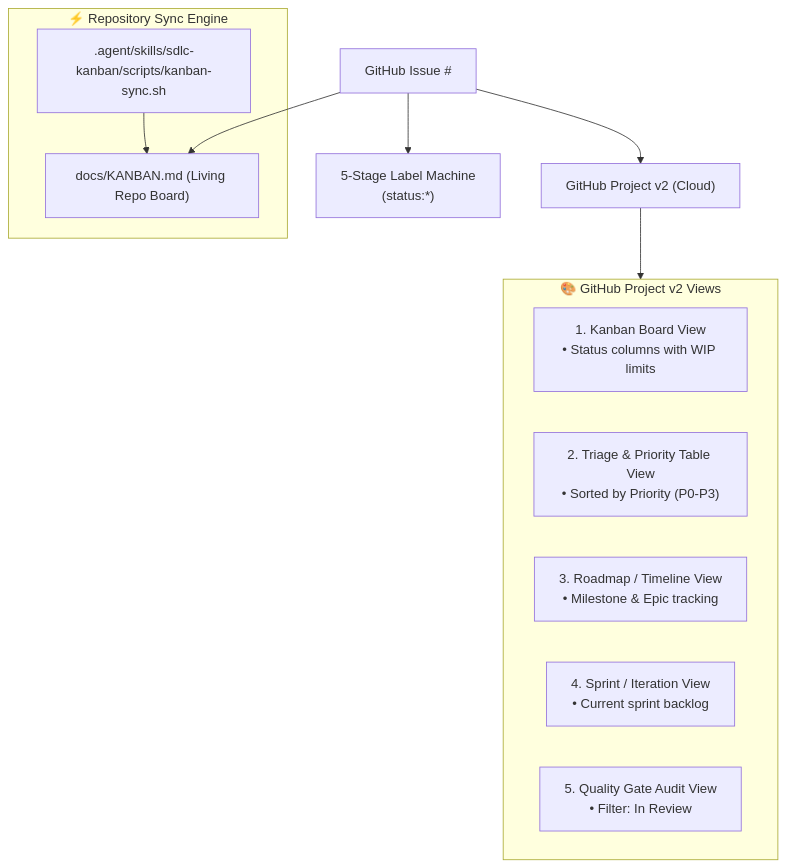
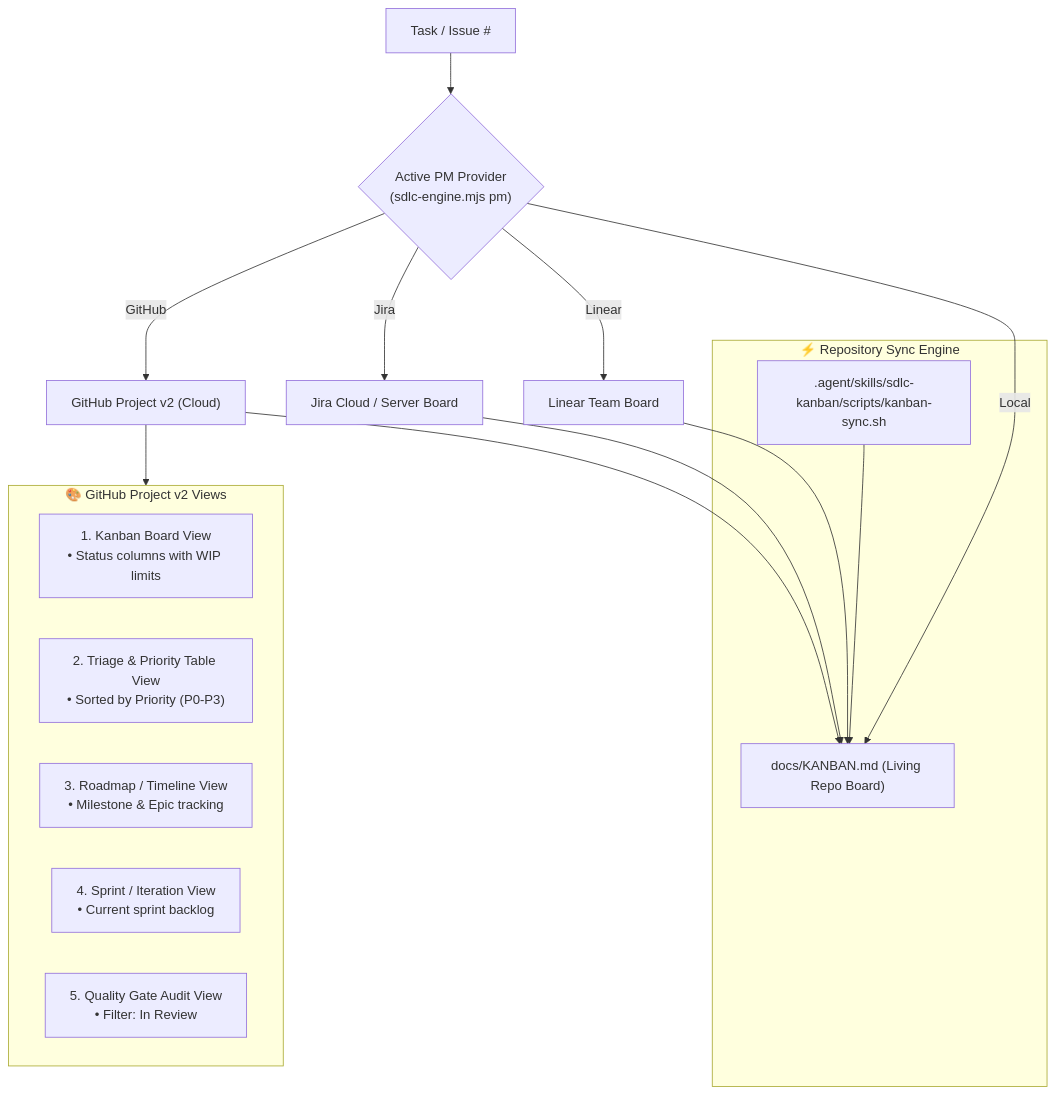
One commit to fmatar/sealit changed the first of 2 diagrams in .agent/skills/sdlc-kanban/SKILL.md. Above: the diagram before and after it, drawn with Mermaid. The commit also changed other lines of this file and 12 other files, not shown here.

````diff
--- a/.agent/skills/sdlc-kanban/SKILL.md
+++ b/.agent/skills/sdlc-kanban/SKILL.md
@@ -21,19 +23,24 @@
 ```mermaid
 flowchart TD
-    Issue["GitHub Issue #<id>"] --> Labels["5-Stage Label Machine\n(status:*)"]
-    Issue --> CloudBoard["GitHub Project v2 (Cloud)"]
-    Issue --> LivingBoard["docs/KANBAN.md (Living Repo Board)"]
+    Issue["Task / Issue #<id>"] --> ProviderRouter{"Active PM Provider\n(sdlc-engine.mjs pm)"}
+    ProviderRouter -->|GitHub| CloudBoard["GitHub Project v2 (Cloud)"]
+    ProviderRouter -->|Jira| JiraBoard["Jira Cloud / Server Board"]
+    ProviderRouter -->|Linear| LinearBoard["Linear Team Board"]
+    ProviderRouter -->|Local| LivingBoard["docs/KANBAN.md (Living Repo Board)"]
+    CloudBoard --> LivingBoard
+    JiraBoard --> LivingBoard
+    LinearBoard --> LivingBoard
 
     subgraph Views ["🎨 GitHub Project v2 Views"]
         V1["1. Kanban Board View\n• Status columns with WIP limits"]
         V2["2. Triage & Priority Table View\n• Sorted by Priority (P0-P3)"]
         V3["3. Roadmap / Timeline View\n• Milestone & Epic tracking"]
         V4["4. Sprint / Iteration View\n• Current sprint backlog"]
         V5["5. Quality Gate Audit View\n• Filter: In Review"]
     end
     CloudBoard --> Views
 
     subgraph SyncEngine ["⚡ Repository Sync Engine"]
         S1[".agent/skills/sdlc-kanban/scripts/kanban-sync.sh"] --> LivingBoard
     end
 ```
````
